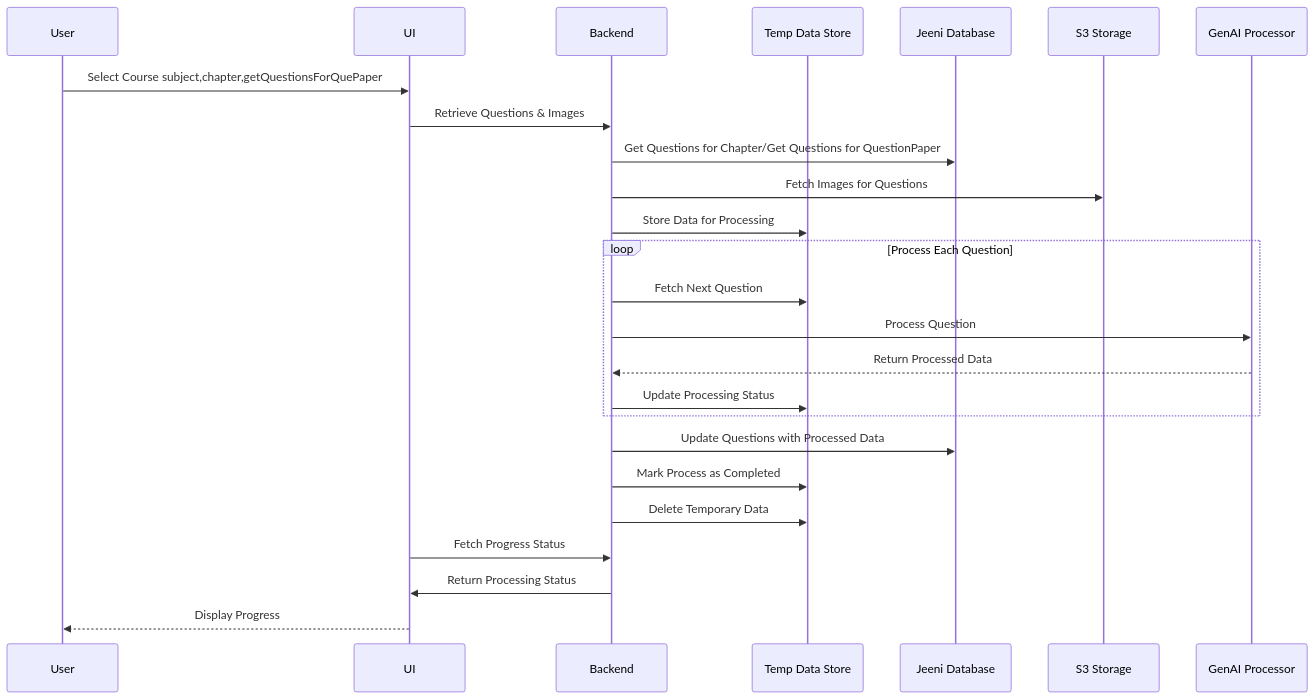
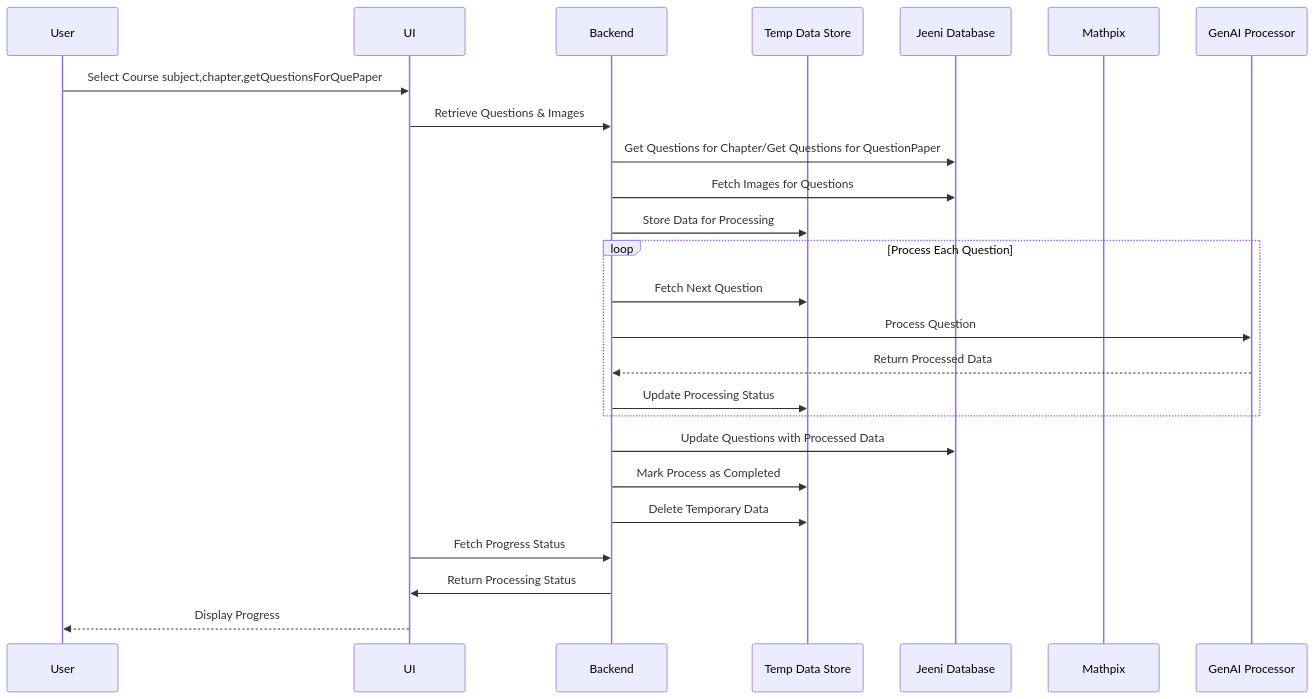
One commit to MayuriSutar12/Documentation changed the diagram in docs/sequence_digram.md. Above: the diagram before and after it, drawn with Mermaid.

````diff
--- a/docs/sequence_digram.md
+++ b/docs/sequence_digram.md
@@ -2,33 +2,33 @@
 ```mermaid
 sequenceDiagram
     participant User as User
     participant UI as UI
     participant Backend as Backend
     participant TempDB as Temp Data Store
     participant JeeniDB as Jeeni Database
-    participant S3 as S3 Storage
+    participant Mathpix as Mathpix
     participant GenAI as GenAI Processor
 
     User ->> UI: Select Course subject,chapter,getQuestionsForQuePaper
     UI ->> Backend: Retrieve Questions & Images
     Backend ->> JeeniDB: Get Questions for Chapter/Get Questions for QuestionPaper
-    Backend ->> S3: Fetch Images for Questions
+    Backend ->> JeeniDB: Fetch Images for Questions
     Backend ->> TempDB: Store Data for Processing
 
     loop Process Each Question
         Backend ->> TempDB: Fetch Next Question
         Backend ->> GenAI: Process Question
         GenAI -->> Backend: Return Processed Data
         Backend ->> TempDB: Update Processing Status
     end
 
     Backend ->> JeeniDB: Update Questions with Processed Data
     Backend ->> TempDB: Mark Process as Completed
     Backend ->> TempDB: Delete Temporary Data
 
     UI ->> Backend: Fetch Progress Status
     Backend ->> UI: Return Processing Status
     UI -->> User: Display Progress
 
 
 ```
````
